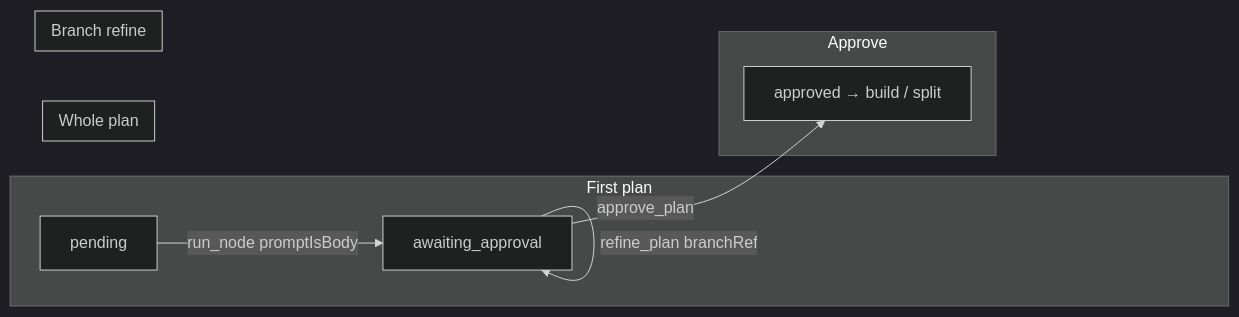
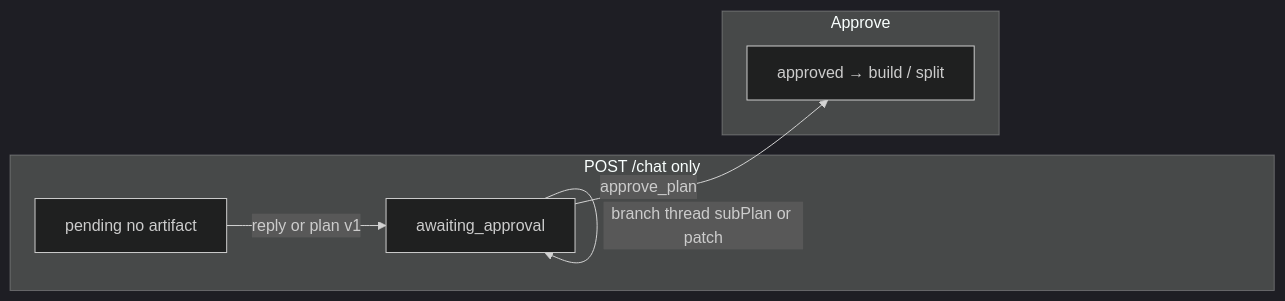
The diagram in docs/architecture/plan-node.md (CodeThatBreak/ship), drawn with Mermaid (dark theme) before and after one commit. The commit also changed other lines of this file and 40 other files, not shown here.

Commit message:
chore: prompt node refactor

````diff
--- a/docs/architecture/plan-node.md
+++ b/docs/architecture/plan-node.md
@@ -71,16 +67,11 @@
 ```mermaid
 flowchart LR
-  subgraph first [First plan]
-    A[pending] -->|run_node promptIsBody| B[awaiting_approval]
-  end
-  subgraph converse [Whole plan]
-    B -->|POST chat reply only| B
-    B -->|POST chat plan payload| B
-  end
-  subgraph branch [Branch refine]
-    B -->|refine_plan branchRef| B
+  subgraph chat [POST /chat only]
+    A[pending no artifact] -->|reply or plan v1| B[awaiting_approval]
+    B -->|main thread reply or plan| B
+    B -->|branch thread subPlan or patch| B
   end
   subgraph ship [Approve]
     B -->|approve_plan| C[approved → build / split]
   end
 ```
````
